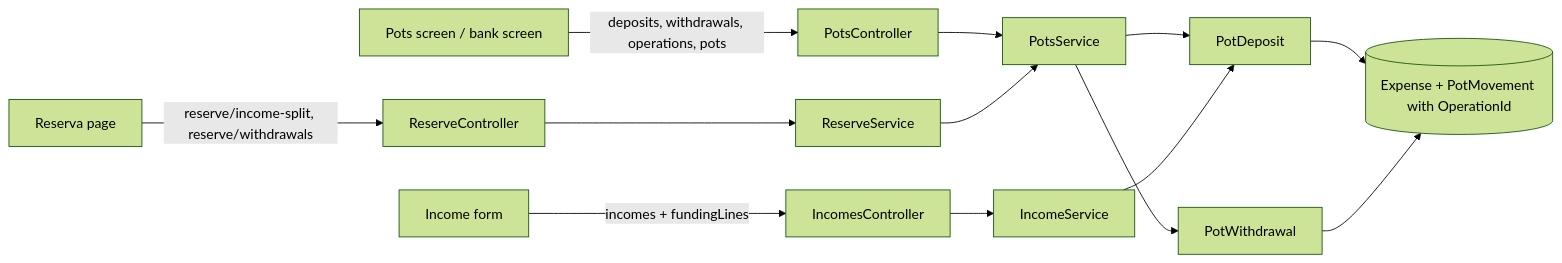
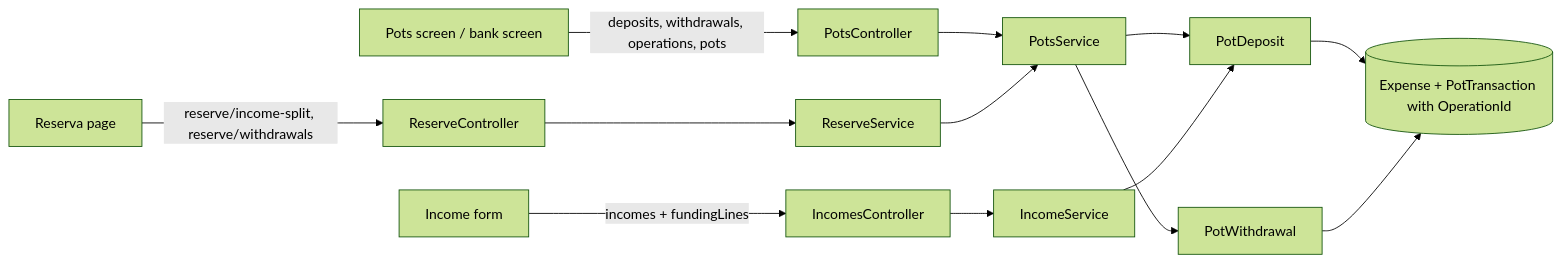
The diagram in docs/prd/P60-prd-cashflow-accounts-generalization/features/P60-F10-linked-deposit-withdrawal-and-pots-screen/spec.md (ggibellato/Financial), drawn with Mermaid (forest theme) before and after one commit. The commit also changed other lines of this file, not shown here.

First line of the commit message:
docs(P60-F10): use the PotTransaction name in the spec

````diff
--- a/docs/prd/P60-prd-cashflow-accounts-generalization/features/P60-F10-linked-deposit-withdrawal-and-pots-screen/spec.md
+++ b/docs/prd/P60-prd-cashflow-accounts-generalization/features/P60-F10-linked-deposit-withdrawal-and-pots-screen/spec.md
@@ -56,15 +56,15 @@
 ```mermaid
 flowchart LR
   PotsUI[Pots screen / bank screen] -->|deposits, withdrawals, operations, pots| PotsCtl[PotsController]
   IncomeUI[Income form] -->|incomes + fundingLines| IncomesCtl[IncomesController]
   Reserva[Reserva page] -->|reserve/income-split, reserve/withdrawals| ReserveCtl[ReserveController]
   PotsCtl --> PotsSvc[PotsService]
   IncomesCtl --> IncomeSvc[IncomeService]
   ReserveCtl --> ReserveSvc[ReserveService]
   ReserveSvc --> PotsSvc
   PotsSvc --> Deposit[PotDeposit]
   PotsSvc --> Withdrawal[PotWithdrawal]
   IncomeSvc --> Deposit
-  Deposit --> Records[(Expense + PotMovement with OperationId)]
+  Deposit --> Records[(Expense + PotTransaction with OperationId)]
   Withdrawal --> Records
 ```
````
